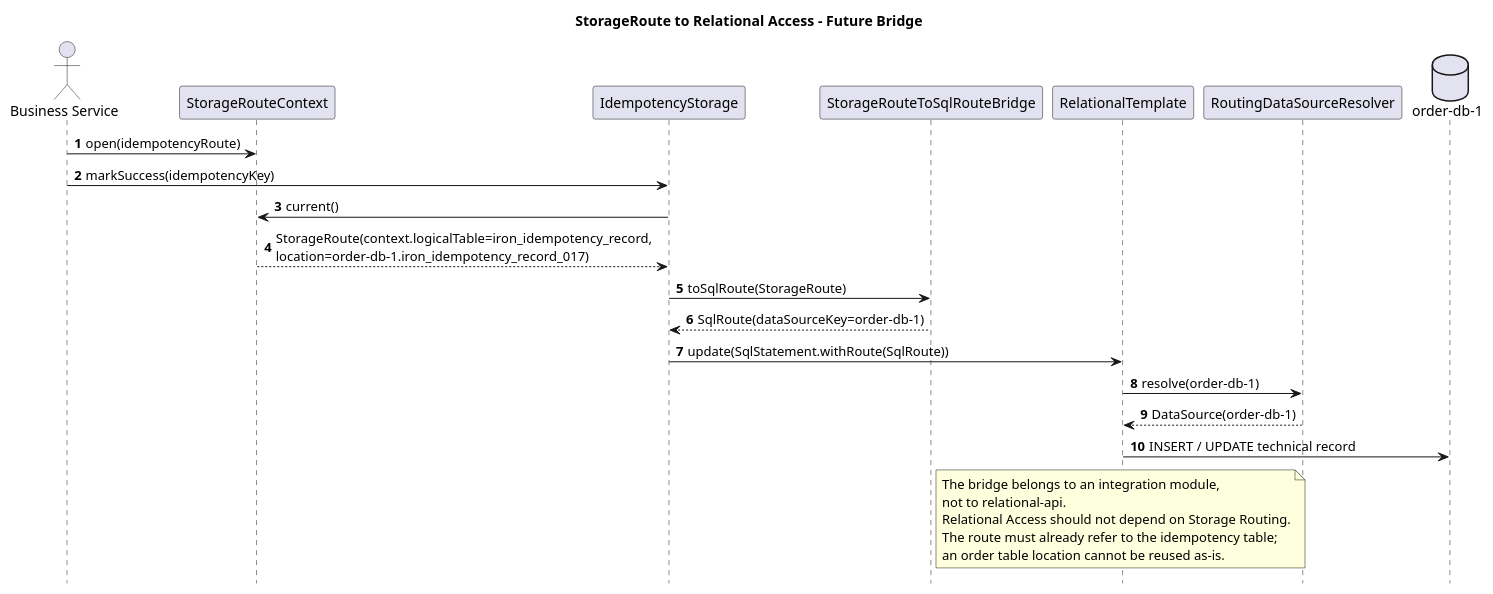
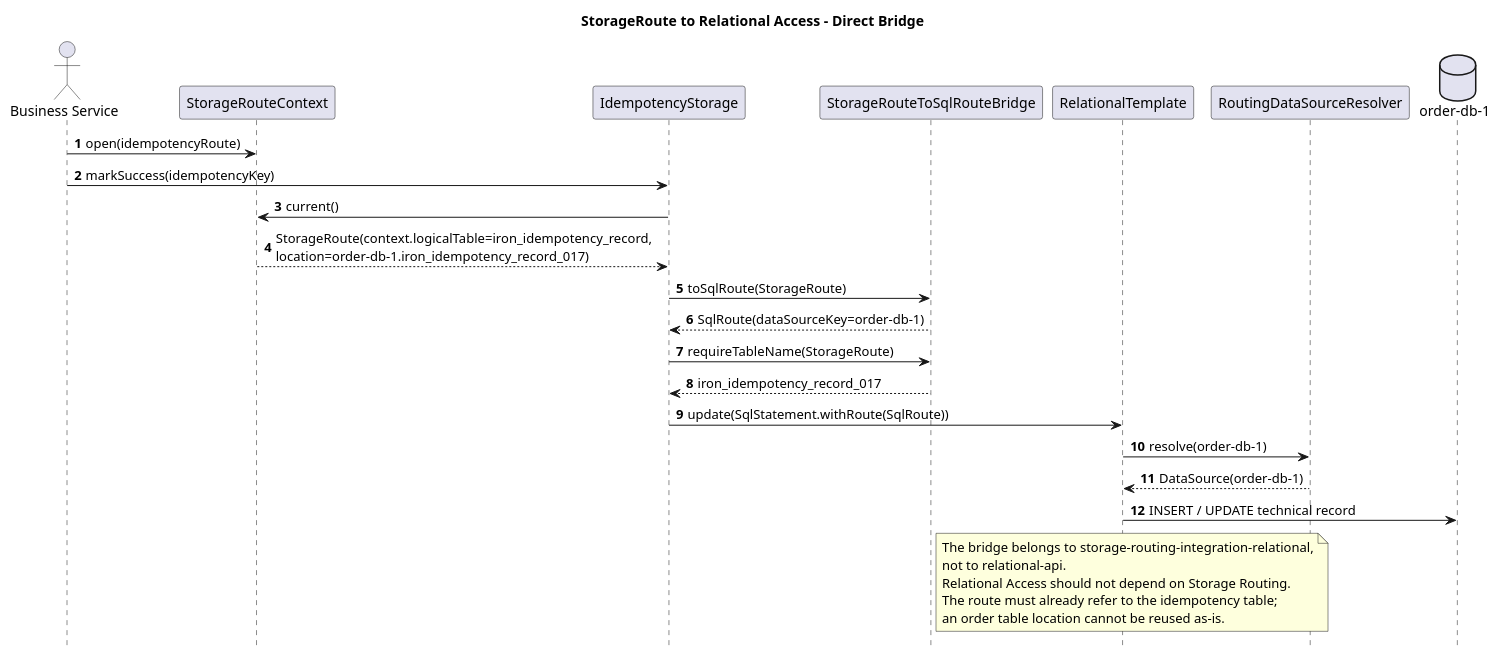
Before and after one commit to pbxjtumse/iron-components-java: the diagram in component/storage-routing-component/docs/sequence/02-storage-route-to-relational-access.puml, drawn with PlantUML. The commit also changed 39 other files, not shown here.

```diff
--- a/component/storage-routing-component/docs/sequence/02-storage-route-to-relational-access.puml
+++ b/component/storage-routing-component/docs/sequence/02-storage-route-to-relational-access.puml
@@ -1,38 +1,40 @@
 @startuml
-title StorageRoute to Relational Access - Future Bridge
+title StorageRoute to Relational Access - Direct Bridge
 
 autonumber
 skinparam shadowing false
 hide footbox
 
 actor "Business Service" as Service
 participant "StorageRouteContext" as Context
 participant "IdempotencyStorage" as Idem
 participant "StorageRouteToSqlRouteBridge" as Bridge
 participant "RelationalTemplate" as Template
 participant "RoutingDataSourceResolver" as Resolver
 database "order-db-1" as DB1
 
 Service -> Context : open(idempotencyRoute)
 Service -> Idem : markSuccess(idempotencyKey)
 
 Idem -> Context : current()
 Context --> Idem : StorageRoute(context.logicalTable=iron_idempotency_record,\nlocation=order-db-1.iron_idempotency_record_017)
 
 Idem -> Bridge : toSqlRoute(StorageRoute)
 Bridge --> Idem : SqlRoute(dataSourceKey=order-db-1)
+Idem -> Bridge : requireTableName(StorageRoute)
+Bridge --> Idem : iron_idempotency_record_017
 
 Idem -> Template : update(SqlStatement.withRoute(SqlRoute))
 Template -> Resolver : resolve(order-db-1)
 Resolver --> Template : DataSource(order-db-1)
 Template -> DB1 : INSERT / UPDATE technical record
 
 note right of Bridge
-The bridge belongs to an integration module,
+The bridge belongs to storage-routing-integration-relational,
 not to relational-api.
 Relational Access should not depend on Storage Routing.
 The route must already refer to the idempotency table;
 an order table location cannot be reused as-is.
 end note
 
 @enduml
```
